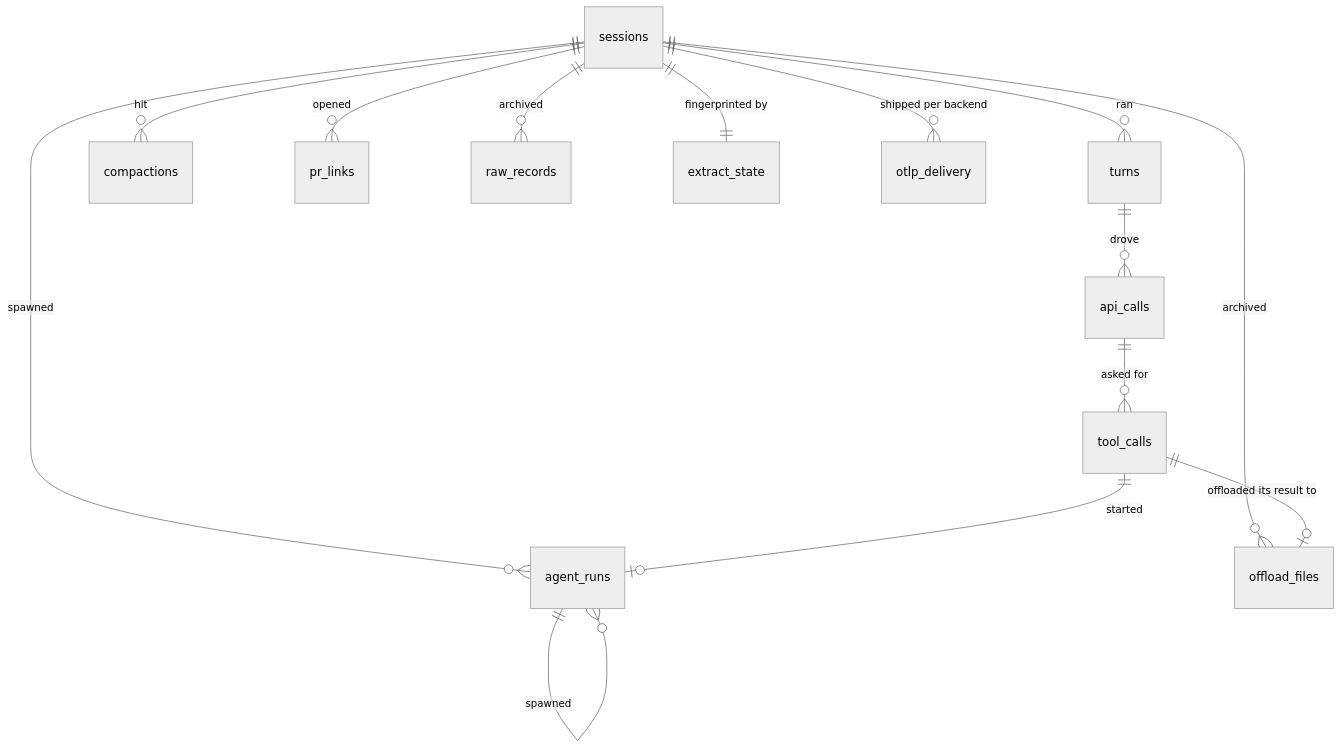
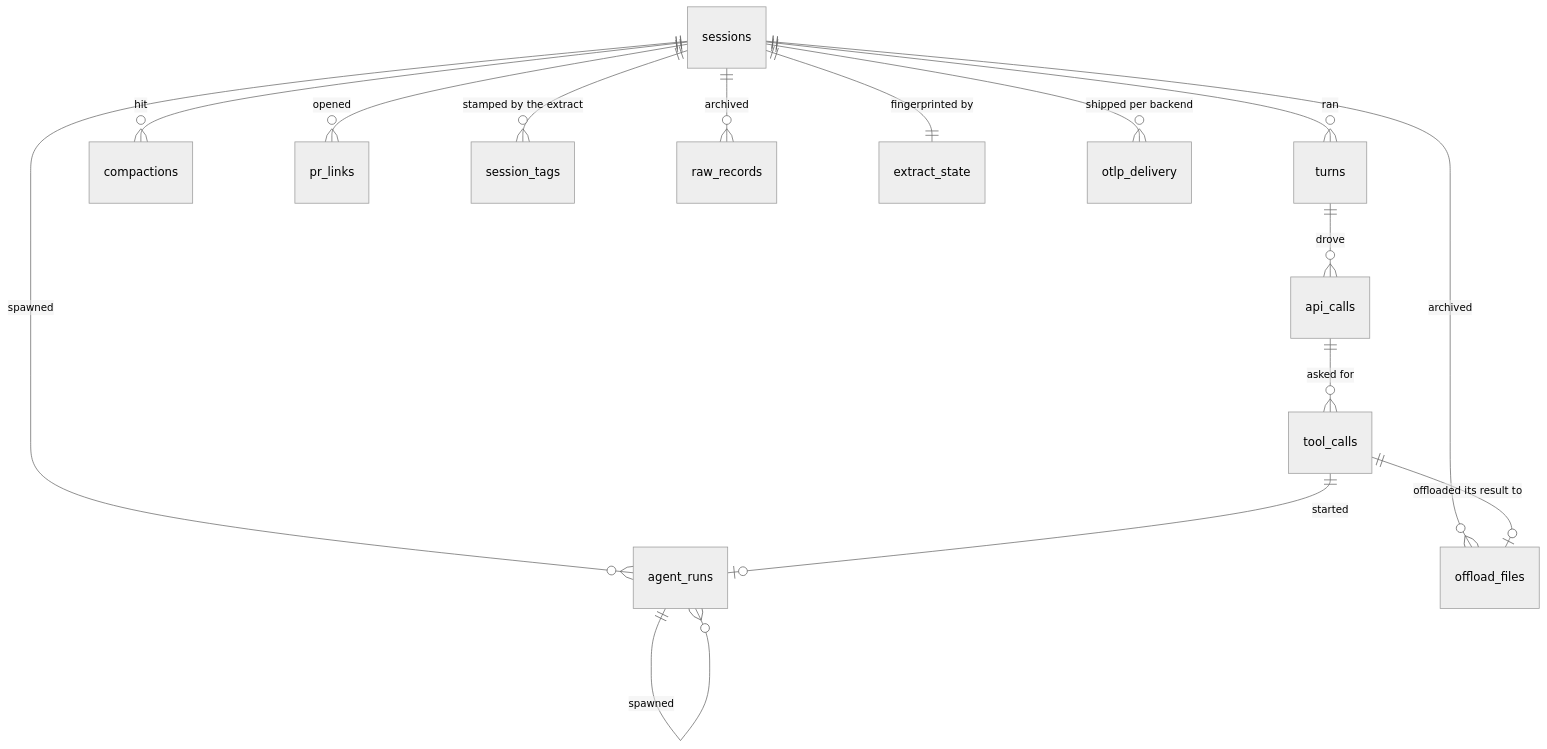
One commit to nathanielobrown/hyphae changed the diagram in docs/store.md. Above: the diagram before and after it, drawn with Mermaid (neutral theme). The commit also changed other lines of this file and 33 other files, not shown here.

First line of the commit message:
✨ Stores every checkout's sessions in ~/.hyphae, and tags the sessions an extract wrote (#46)

````diff
--- a/docs/store.md
+++ b/docs/store.md
@@ -7,16 +15,17 @@
 ```mermaid
 erDiagram
     sessions ||--o{ turns : "ran"
     sessions ||--o{ agent_runs : "spawned"
     sessions ||--o{ compactions : "hit"
     sessions ||--o{ pr_links : "opened"
+    sessions ||--o{ session_tags : "stamped by the extract"
     sessions ||--o{ raw_records : "archived"
     sessions ||--o{ offload_files : "archived"
     sessions ||--|| extract_state : "fingerprinted by"
     sessions ||--o{ otlp_delivery : "shipped per backend"
     turns ||--o{ api_calls : "drove"
     api_calls ||--o{ tool_calls : "asked for"
     tool_calls ||--o| agent_runs : "started"
     tool_calls ||--o| offload_files : "offloaded its result to"
     agent_runs ||--o{ agent_runs : "spawned"
 ```
````
